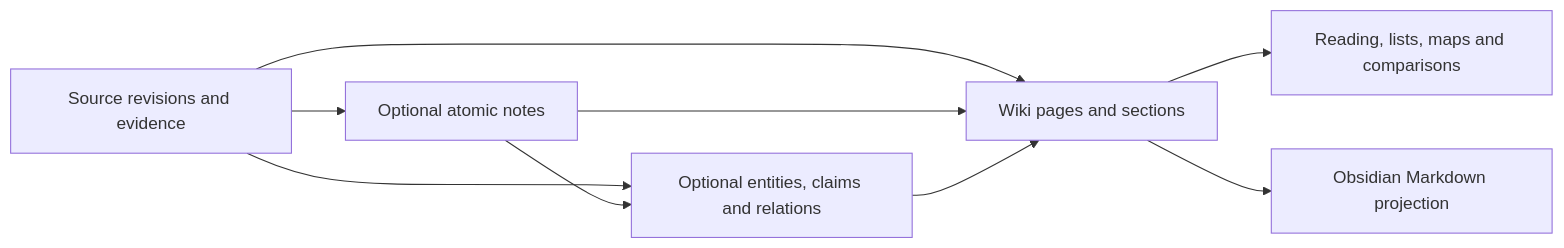
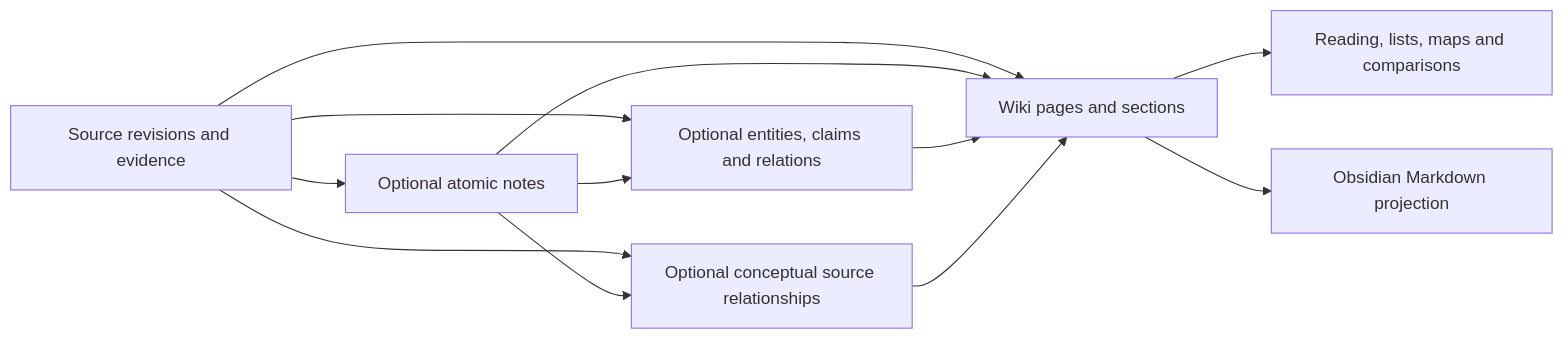
One commit to mbellezi/memoraeterna changed the first of 2 diagrams in docs/second-brain-implementation-plan.md. Above: the diagram before and after it, drawn with Mermaid. The commit also changed other lines of this file, not shown here.

````diff
--- a/docs/second-brain-implementation-plan.md
+++ b/docs/second-brain-implementation-plan.md
@@ -147,11 +211,14 @@
 ```mermaid
 flowchart LR
     S[Source revisions and evidence] --> N[Optional atomic notes]
     S --> G[Optional entities, claims and relations]
+    S --> R[Optional conceptual source relationships]
+    N --> R
     N --> G
     S --> W[Wiki pages and sections]
     N --> W
     G --> W
+    R --> W
     W --> V[Reading, lists, maps and comparisons]
     W --> O[Obsidian Markdown projection]
 ```
````
